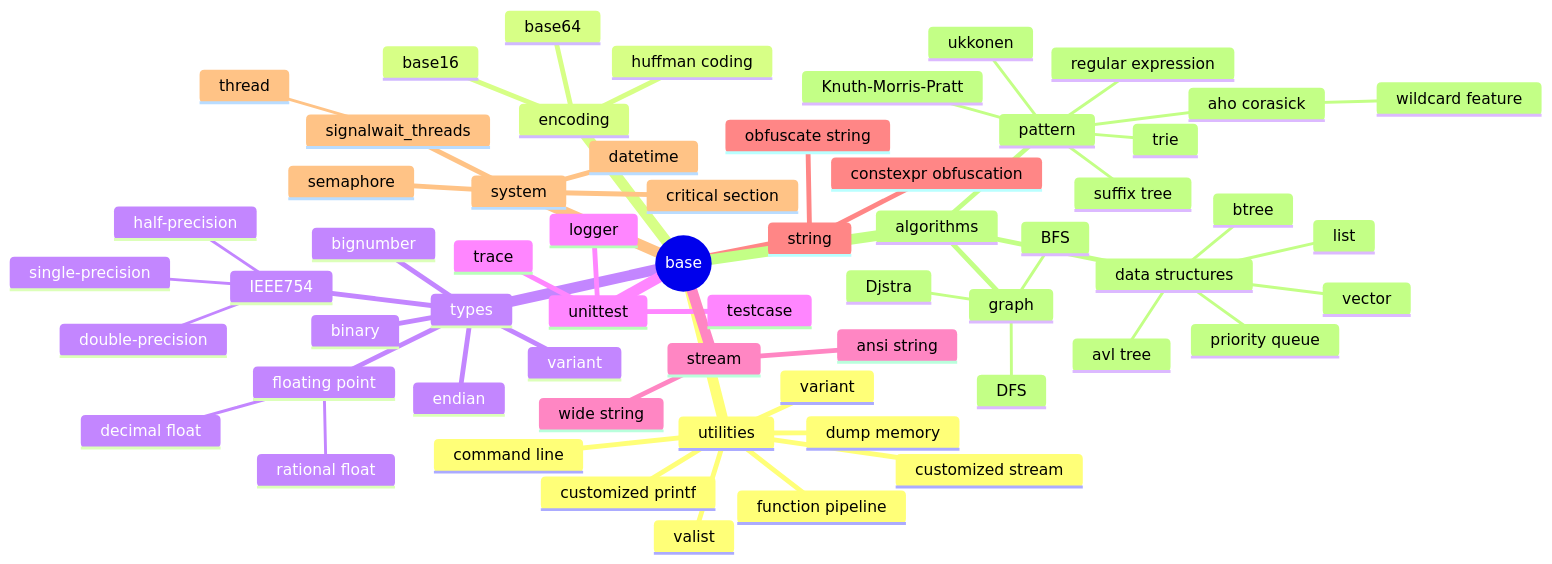
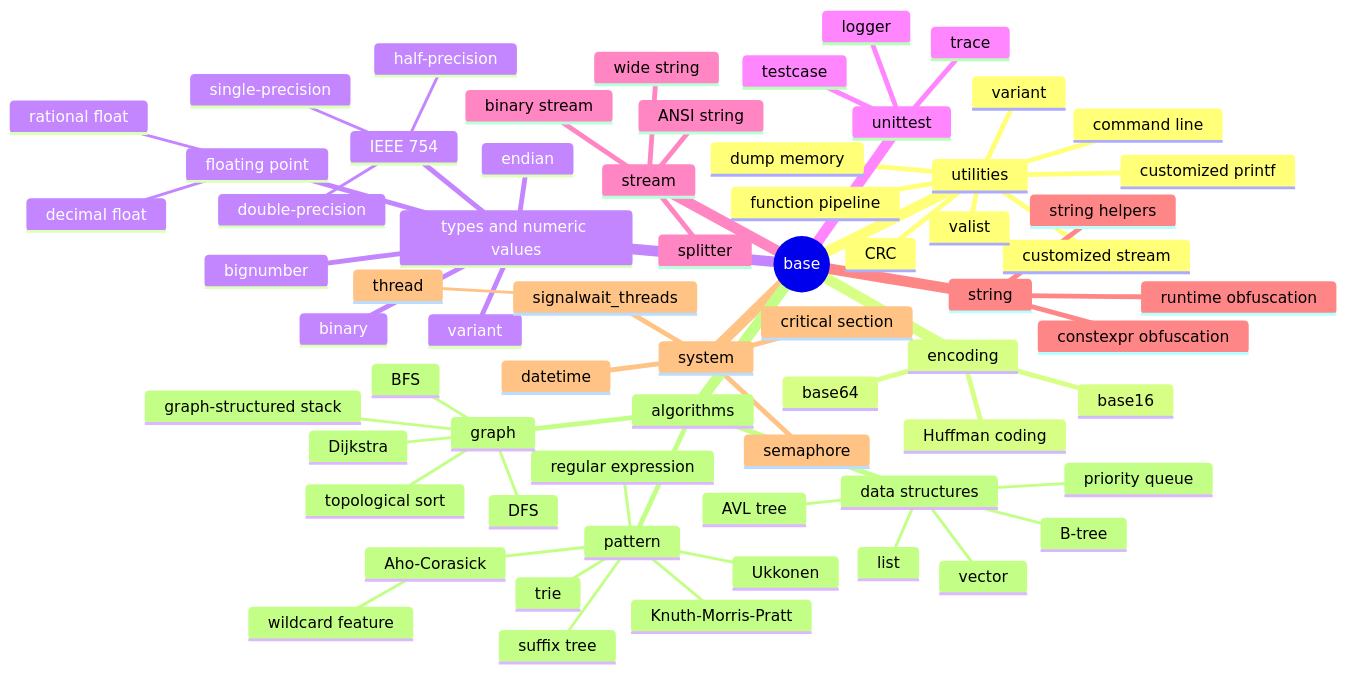
Before and after one commit to princeb612/hotplace: the diagram in sdk/base/README.md, drawn with Mermaid. The commit also changed other lines of this file and 420 other files, not shown here.

````diff
--- a/sdk/base/README.md
+++ b/sdk/base/README.md
@@ -3,63 +28,69 @@
 ```mermaid
 mindmap
   root((base))
     utilities
       command line
       customized printf
       customized stream
       dump memory
       function pipeline
       variant
       valist
+      CRC
     encoding
       base16
       base64
-      huffman coding
-    types
+      Huffman coding
+    types and numeric values
       binary
       endian
       variant
-      IEEE754
+      IEEE 754
         half-precision
         single-precision
         double-precision
       bignumber
       floating point
         decimal float
         rational float
     unittest
       testcase
       logger
       trace
     stream
-      ansi string
+      ANSI string
       wide string
+      binary stream
+      splitter
     string
+      string helpers
       constexpr obfuscation
-      obfuscate string
+      runtime obfuscation
     system
       critical section
       semaphore
       datetime
       signalwait_threads
         thread
     algorithms
       data structures
-        avl tree
-        btree
+        AVL tree
+        B-tree
         list
         priority queue
         vector
       pattern
         Knuth-Morris-Pratt
         trie
         suffix tree
-        ukkonen
-        aho corasick
+        Ukkonen
+        Aho-Corasick
           wildcard feature
         regular expression
       graph
         BFS
         DFS
-        Djstra
+        Dijkstra
+        topological sort
+        graph-structured stack
 ```
````
